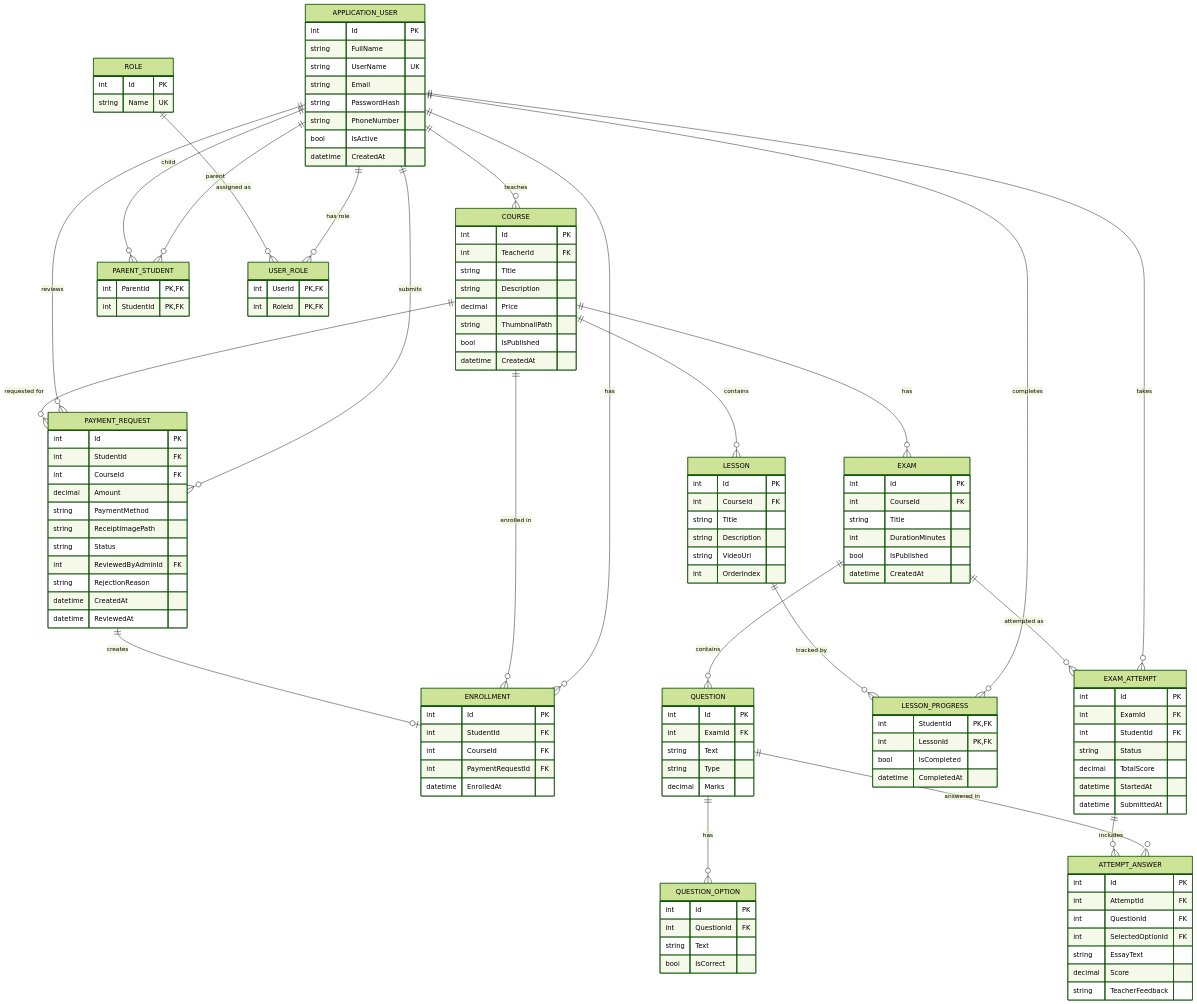
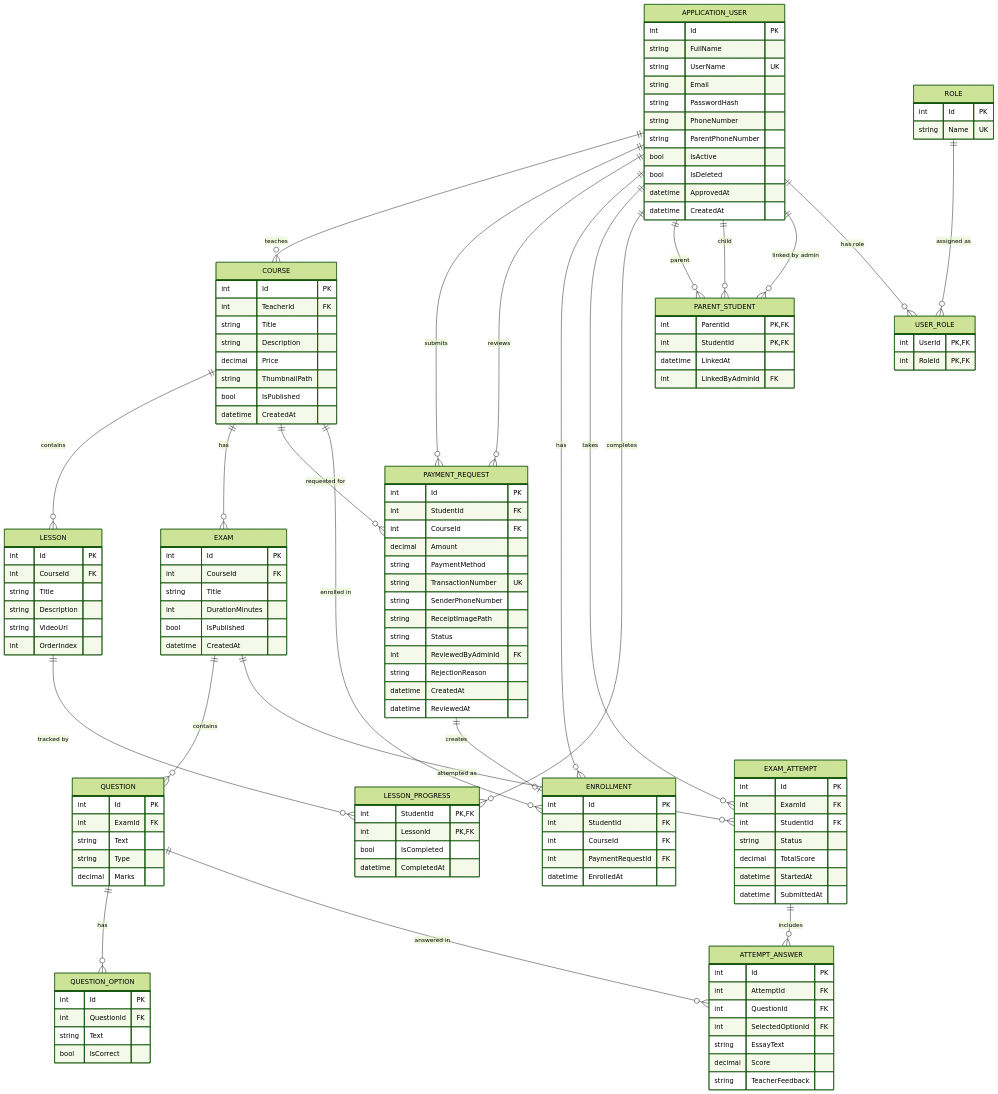
One commit to MohamedHany1n/Educational-Platform changed the diagram in docs/4-analysis-design/05-database-design.md. Above: the diagram before and after it, drawn with Mermaid (forest theme). The commit also changed other lines of this file and 14 other files, not shown here.

Commit message:
docs: sync documentation with admin students and parents features and payment transaction number

```diff
--- a/docs/4-analysis-design/05-database-design.md
+++ b/docs/4-analysis-design/05-database-design.md
@@ -12,6 +12,7 @@
     APPLICATION_USER ||--o{ LESSON_PROGRESS : "completes"
     APPLICATION_USER ||--o{ PARENT_STUDENT : "parent"
     APPLICATION_USER ||--o{ PARENT_STUDENT : "child"
+    APPLICATION_USER ||--o{ PARENT_STUDENT : "linked by admin"
     APPLICATION_USER ||--o{ USER_ROLE : "has role"
     ROLE ||--o{ USER_ROLE : "assigned as"
     COURSE ||--o{ LESSON : "contains"
@@ -33,7 +34,10 @@
         string Email
         string PasswordHash
         string PhoneNumber
+        string ParentPhoneNumber
         bool IsActive
+        bool IsDeleted
+        datetime ApprovedAt
         datetime CreatedAt
     }
     ROLE {
@@ -47,6 +51,8 @@
     PARENT_STUDENT {
         int ParentId PK, FK
         int StudentId PK, FK
+        datetime LinkedAt
+        int LinkedByAdminId FK
     }
     COURSE {
         int Id PK
@@ -72,6 +78,8 @@
         int CourseId FK
         decimal Amount
         string PaymentMethod
+        string TransactionNumber UK
+        string SenderPhoneNumber
         string ReceiptImagePath
         string Status
         int ReviewedByAdminId FK
```
